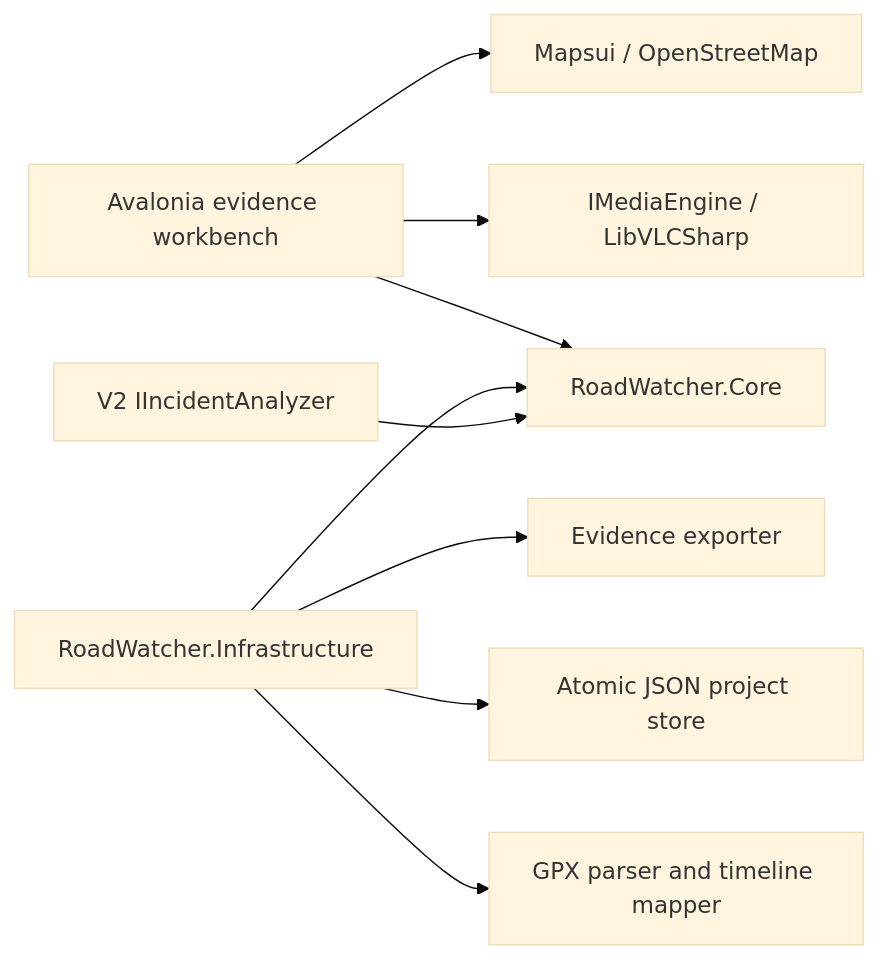
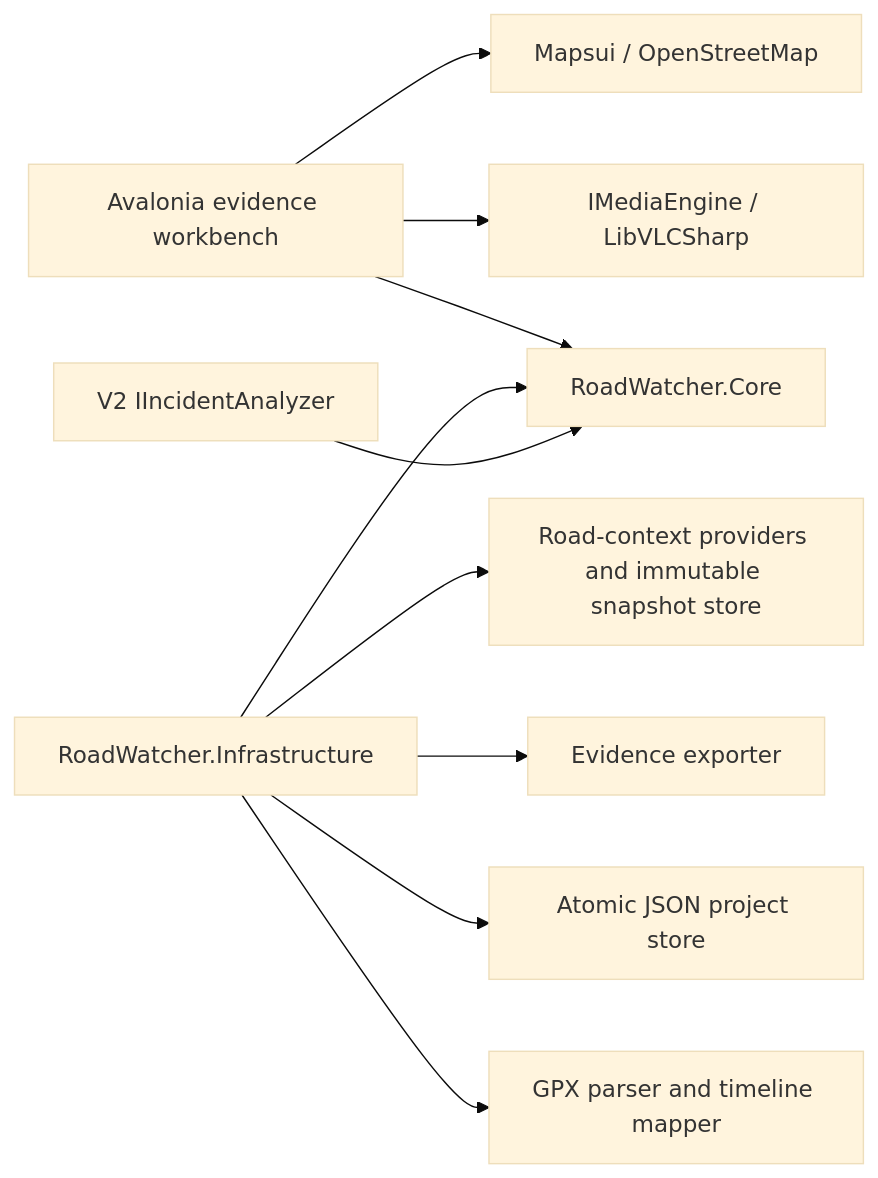
One commit to Remi-Z/RoadWatcher changed the diagram in docs/ARCHITECTURE.md. Above: the diagram before and after it, drawn with Mermaid (base theme). The commit also changed other lines of this file and 21 other files, not shown here.

````diff
--- a/docs/ARCHITECTURE.md
+++ b/docs/ARCHITECTURE.md
@@ -5,11 +5,12 @@
 ```mermaid
 flowchart LR
   UI["Avalonia evidence workbench"] --> Core["RoadWatcher.Core"]
   UI --> Media["IMediaEngine / LibVLCSharp"]
   UI --> Map["Mapsui / OpenStreetMap"]
   Infra["RoadWatcher.Infrastructure"] --> Core
   Infra --> GPX["GPX parser and timeline mapper"]
   Infra --> Store["Atomic JSON project store"]
   Infra --> Export["Evidence exporter"]
+  Infra --> RoadContext["Road-context providers and immutable snapshot store"]
   CV["V2 IIncidentAnalyzer"] --> Core
 ```
````
